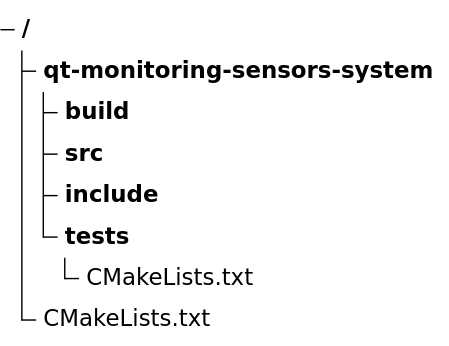
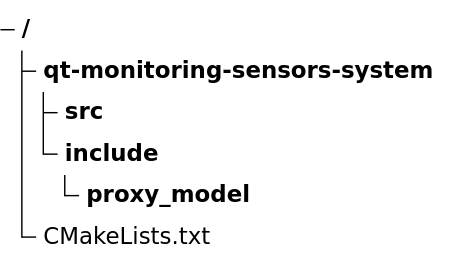
The first of 2 diagrams in README.md (Mob1le/qt-monitoring-sensors-system), drawn with Mermaid (forest theme) before and after one commit. The commit also changed other lines of this file and 7 other files, not shown here.

````diff
--- a/README.md
+++ b/README.md
@@ -104,10 +13,8 @@
 ```mermaid
 treeView-beta
 "qt-monitoring-sensors-system/"
-    "build/"
     "src/"
     "include/"
-    "tests/"
-        "CMakeLists.txt"
+      "proxy_model/"
 "CMakeLists.txt"
 ```
````
